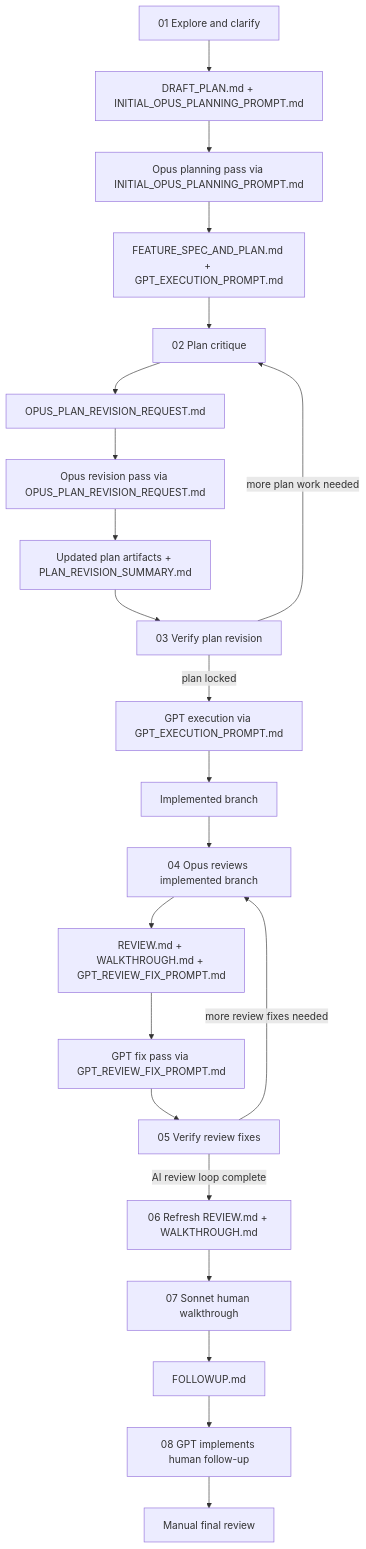
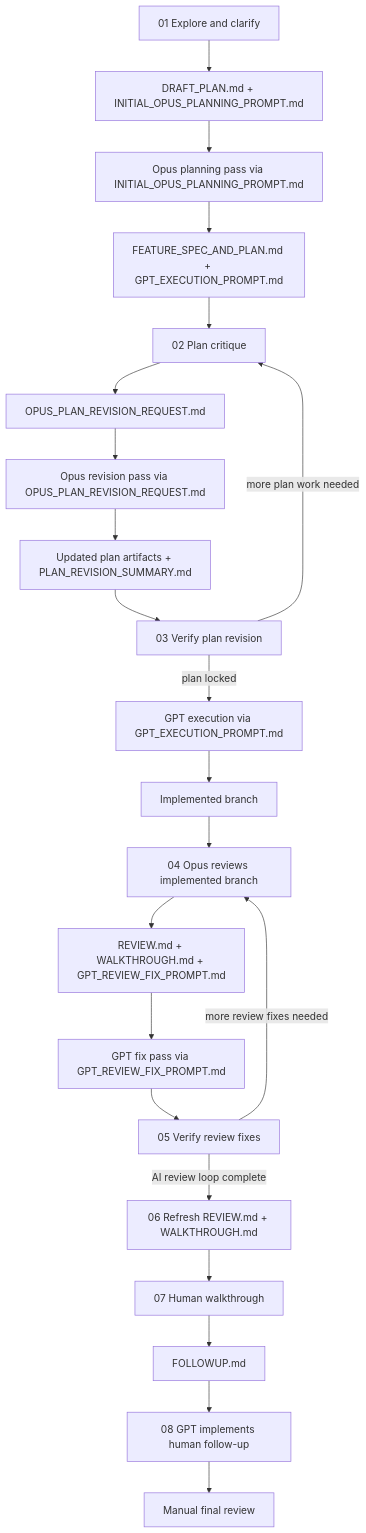
Before and after one commit to viseshrp/ai-coding-workflow: the diagram in README.md, drawn with Mermaid. The commit also changed other lines of this file and 3 other files, not shown here.

Commit message:
Generalize human walkthrough prompt

````diff
--- a/README.md
+++ b/README.md
@@ -220,24 +220,24 @@
 ```mermaid
 flowchart TD
     A["01 Explore and clarify"] --> B["DRAFT_PLAN.md + INITIAL_OPUS_PLANNING_PROMPT.md"]
     B --> C["Opus planning pass via INITIAL_OPUS_PLANNING_PROMPT.md"]
     C --> D["FEATURE_SPEC_AND_PLAN.md + GPT_EXECUTION_PROMPT.md"]
     D --> E["02 Plan critique"]
     E --> F["OPUS_PLAN_REVISION_REQUEST.md"]
     F --> G["Opus revision pass via OPUS_PLAN_REVISION_REQUEST.md"]
     G --> H["Updated plan artifacts + PLAN_REVISION_SUMMARY.md"]
     H --> I["03 Verify plan revision"]
     I -- "more plan work needed" --> E
     I -- "plan locked" --> J["GPT execution via GPT_EXECUTION_PROMPT.md"]
     J --> K["Implemented branch"]
     K --> L["04 Opus reviews implemented branch"]
     L --> M["REVIEW.md + WALKTHROUGH.md + GPT_REVIEW_FIX_PROMPT.md"]
     M --> N["GPT fix pass via GPT_REVIEW_FIX_PROMPT.md"]
     N --> O["05 Verify review fixes"]
     O -- "more review fixes needed" --> L
     O -- "AI review loop complete" --> P["06 Refresh REVIEW.md + WALKTHROUGH.md"]
-    P --> Q["07 Sonnet human walkthrough"]
+    P --> Q["07 Human walkthrough"]
     Q --> R["FOLLOWUP.md"]
     R --> S["08 GPT implements human follow-up"]
     S --> T["Manual final review"]
 ```
````
